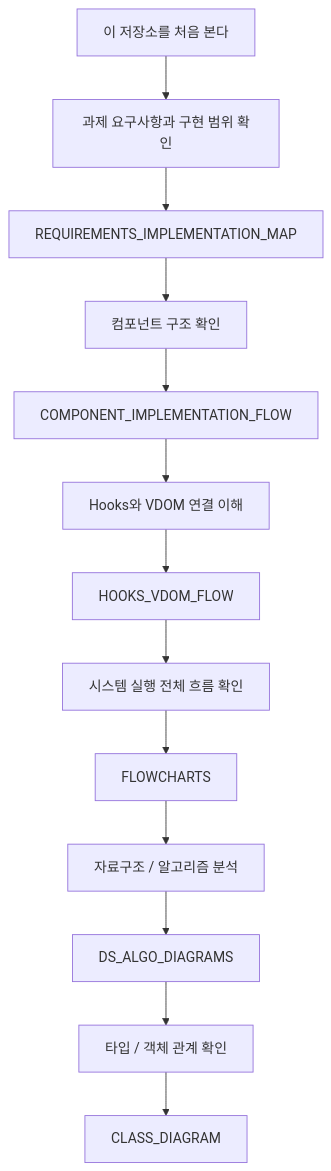
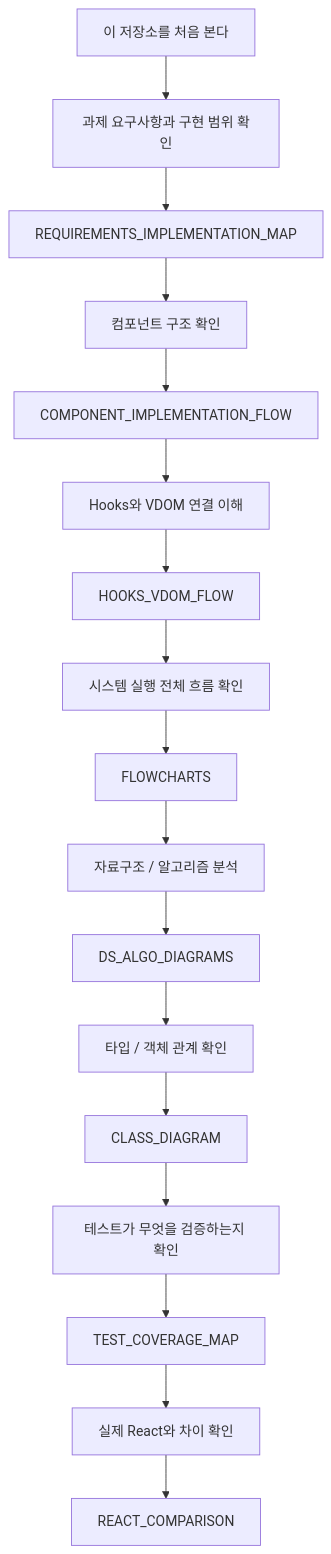
One commit to Jungle-12-303/week5-team3-react2 changed the first of 4 diagrams in docs/MASTER_DIAGRAM_ATLAS.md. Above: the diagram before and after it, drawn with Mermaid. The commit also changed other lines of this file and 5 other files, not shown here.

Commit message:
docs: add test coverage map and react comparison

````diff
--- a/docs/MASTER_DIAGRAM_ATLAS.md
+++ b/docs/MASTER_DIAGRAM_ATLAS.md
@@ -8,20 +8,26 @@
 ```mermaid
 flowchart TD
     A["이 저장소를 처음 본다"] --> B["과제 요구사항과 구현 범위 확인"]
     B --> C["REQUIREMENTS_IMPLEMENTATION_MAP"]
 
     C --> D["컴포넌트 구조 확인"]
     D --> E["COMPONENT_IMPLEMENTATION_FLOW"]
 
     E --> F["Hooks와 VDOM 연결 이해"]
     F --> G["HOOKS_VDOM_FLOW"]
 
     G --> H["시스템 실행 전체 흐름 확인"]
     H --> I["FLOWCHARTS"]
 
     I --> J["자료구조 / 알고리즘 분석"]
     J --> K["DS_ALGO_DIAGRAMS"]
 
     K --> L["타입 / 객체 관계 확인"]
     L --> M["CLASS_DIAGRAM"]
+
+    M --> N["테스트가 무엇을 검증하는지 확인"]
+    N --> O["TEST_COVERAGE_MAP"]
+
+    O --> P["실제 React와 차이 확인"]
+    P --> Q["REACT_COMPARISON"]
 ```
````
